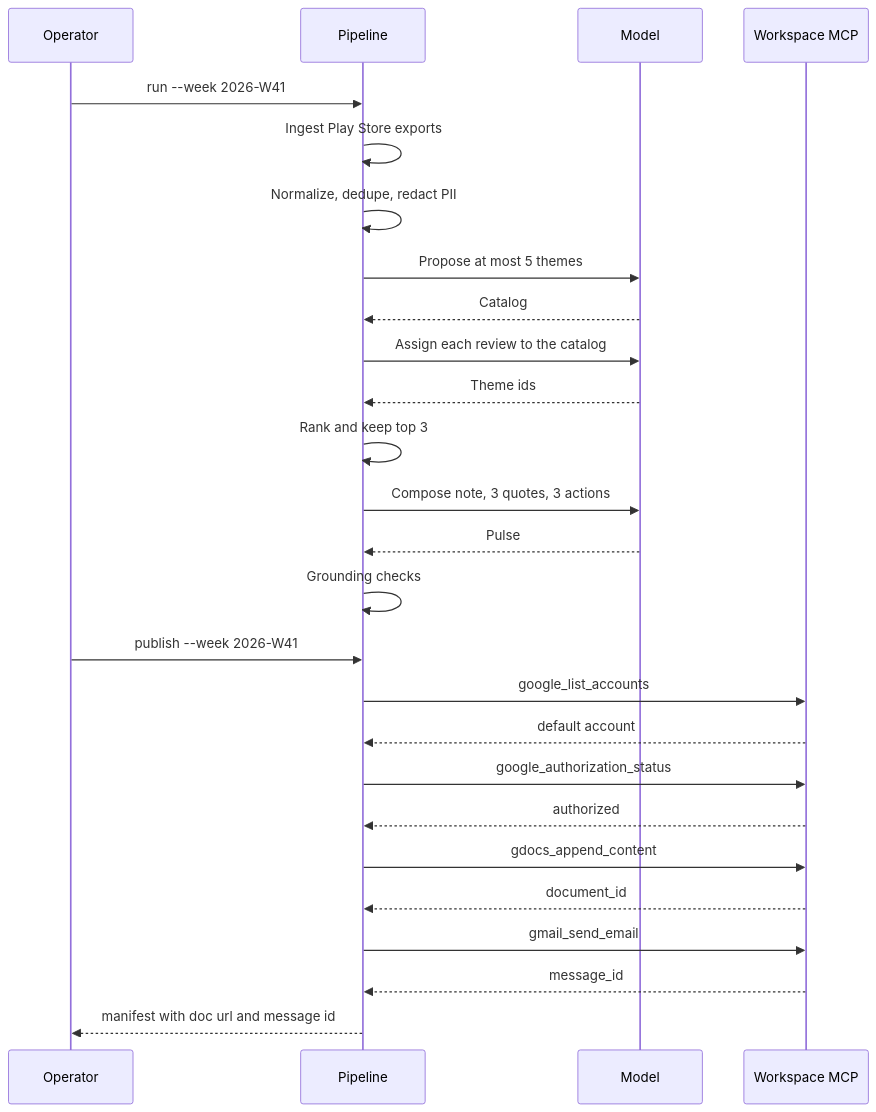
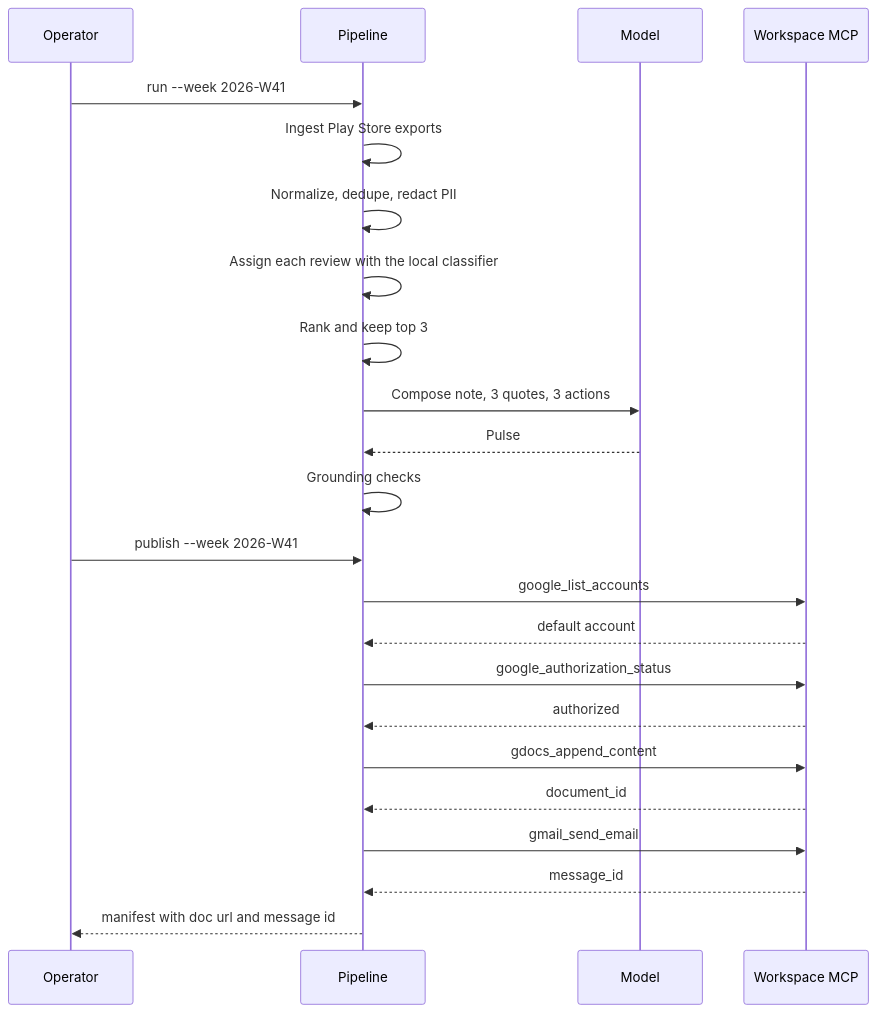
One commit to DeepakAg1234/Groww-AI-Agent changed the second of 2 diagrams in docs/architecture.md. Above: the diagram before and after it, drawn with Mermaid. The commit also changed other lines of this file and 13 other files, not shown here.

First line of the commit message:
Label reviews with a local classifier instead of asking Haiku to assign themes.

````diff
--- a/docs/architecture.md
+++ b/docs/architecture.md
@@ -326,29 +337,26 @@
 ```mermaid
 sequenceDiagram
   participant Op as Operator
   participant Pipe as Pipeline
   participant Model as Model
   participant MCP as Workspace MCP
 
   Op->>Pipe: run --week 2026-W41
   Pipe->>Pipe: Ingest Play Store exports
   Pipe->>Pipe: Normalize, dedupe, redact PII
-  Pipe->>Model: Propose at most 5 themes
-  Model-->>Pipe: Catalog
-  Pipe->>Model: Assign each review to the catalog
-  Model-->>Pipe: Theme ids
+  Pipe->>Pipe: Assign each review with the local classifier
   Pipe->>Pipe: Rank and keep top 3
   Pipe->>Model: Compose note, 3 quotes, 3 actions
   Model-->>Pipe: Pulse
   Pipe->>Pipe: Grounding checks
   Op->>Pipe: publish --week 2026-W41
   Pipe->>MCP: google_list_accounts
   MCP-->>Pipe: default account
   Pipe->>MCP: google_authorization_status
   MCP-->>Pipe: authorized
   Pipe->>MCP: gdocs_append_content
   MCP-->>Pipe: document_id
   Pipe->>MCP: gmail_send_email
   MCP-->>Pipe: message_id
   Pipe-->>Op: manifest with doc url and message id
 ```
````
